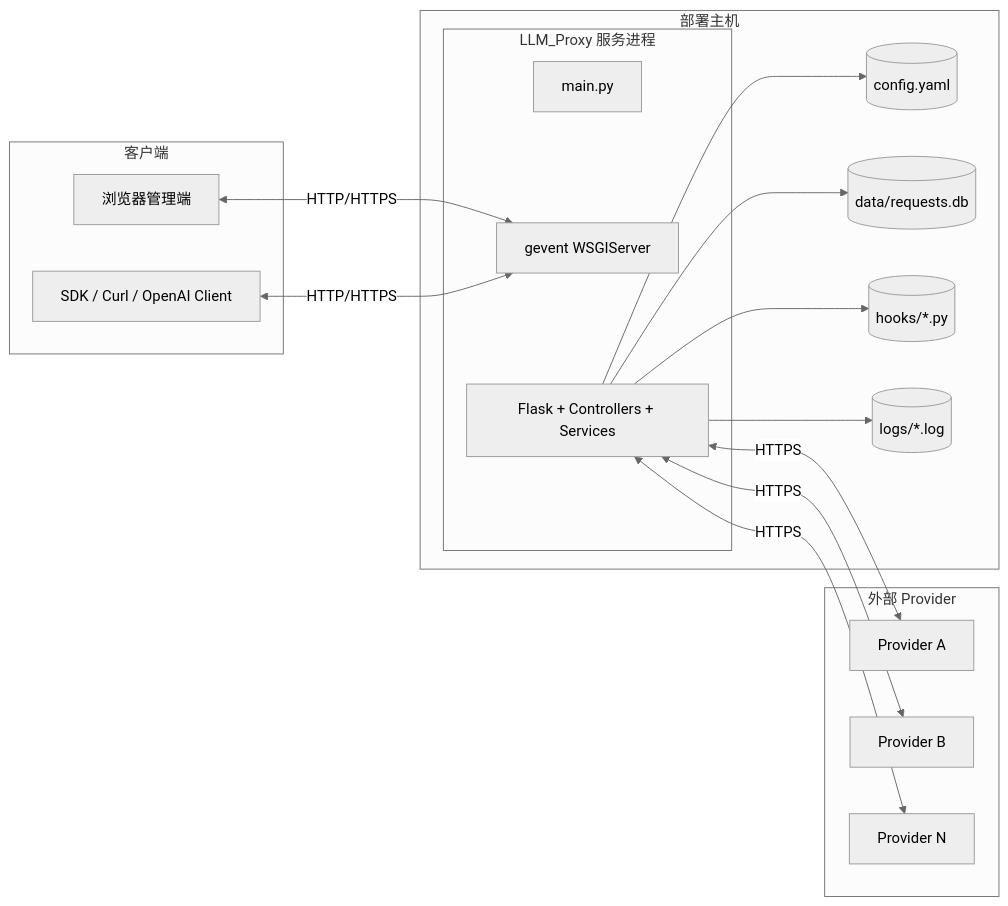
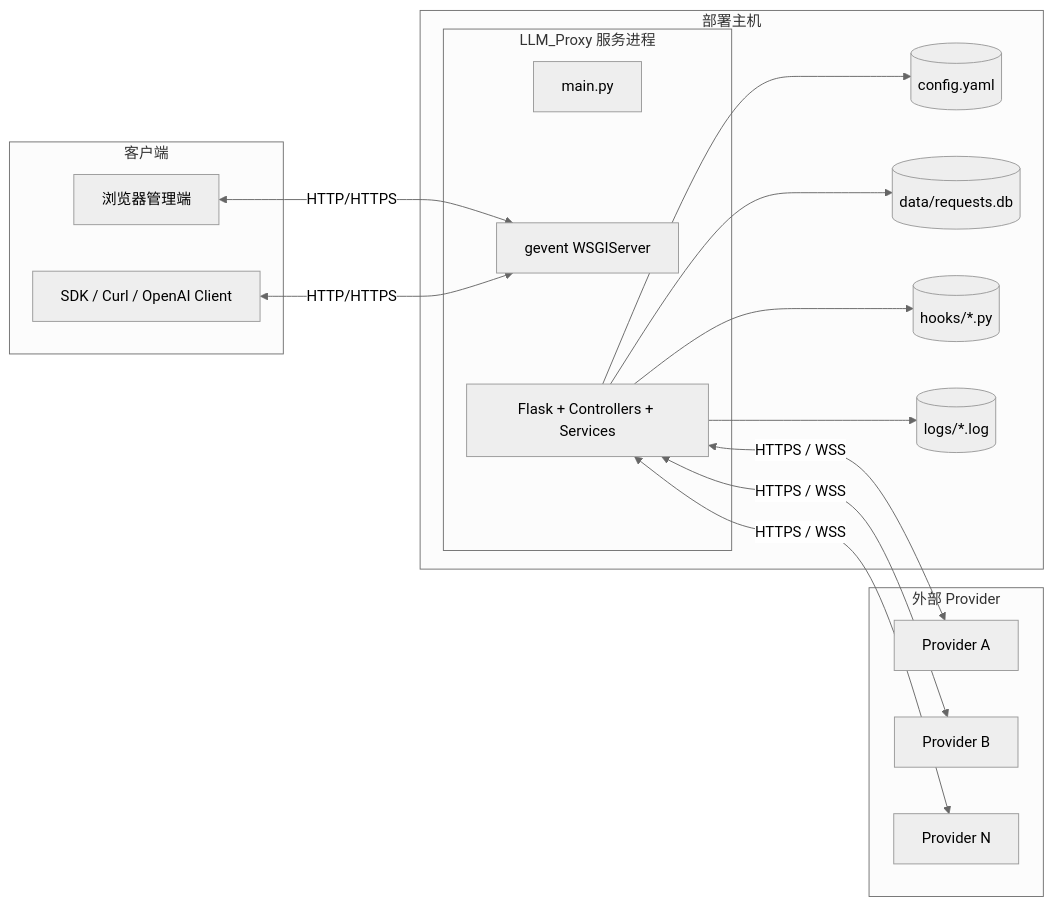
The fourth of 9 diagrams in docs/architecture-4plus1.md (VonSdite/LLM_Proxy), drawn with Mermaid (neutral theme) before and after one commit. The commit also changed other lines of this file and 21 other files, not shown here.

````diff
--- a/docs/architecture-4plus1.md
+++ b/docs/architecture-4plus1.md
@@ -240,38 +244,38 @@
 ```mermaid
 flowchart LR
     subgraph Clients["客户端"]
         Browser["浏览器管理端"]
         SDK["SDK / Curl / OpenAI Client"]
     end
 
     subgraph Host["部署主机"]
         subgraph Service["LLM_Proxy 服务进程"]
             Entry["main.py"]
             Server["gevent WSGIServer"]
             App["Flask + Controllers + Services"]
         end
 
         ConfigFile[("config.yaml")]
         DB[("data/requests.db")]
         HooksDir[("hooks/*.py")]
         Logs[("logs/*.log")]
     end
 
     subgraph Providers["外部 Provider"]
         P1["Provider A"]
         P2["Provider B"]
         PN["Provider N"]
     end
 
     Browser <-->|HTTP/HTTPS| Server
     SDK <-->|HTTP/HTTPS| Server
 
     App --> ConfigFile
     App --> DB
     App --> HooksDir
     App --> Logs
 
-    App <-->|HTTPS| P1
-    App <-->|HTTPS| P2
-    App <-->|HTTPS| PN
+    App <-->|HTTPS / WSS| P1
+    App <-->|HTTPS / WSS| P2
+    App <-->|HTTPS / WSS| PN
 ```
````
